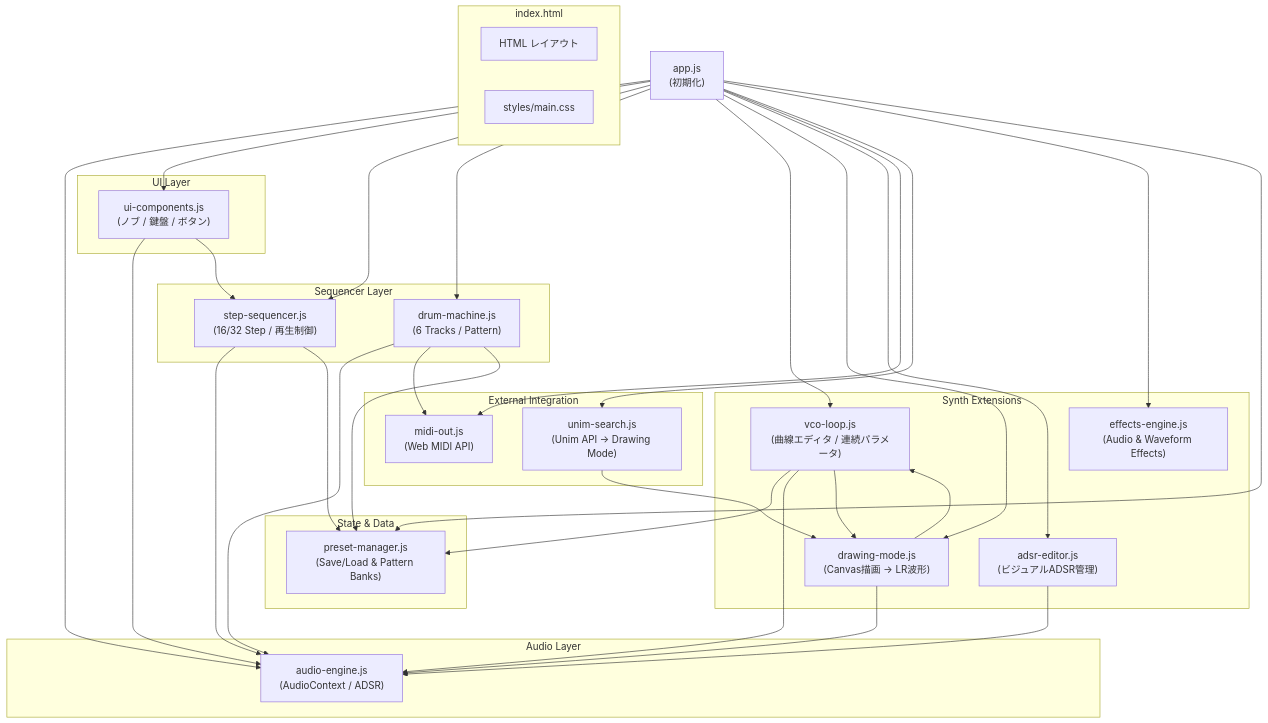
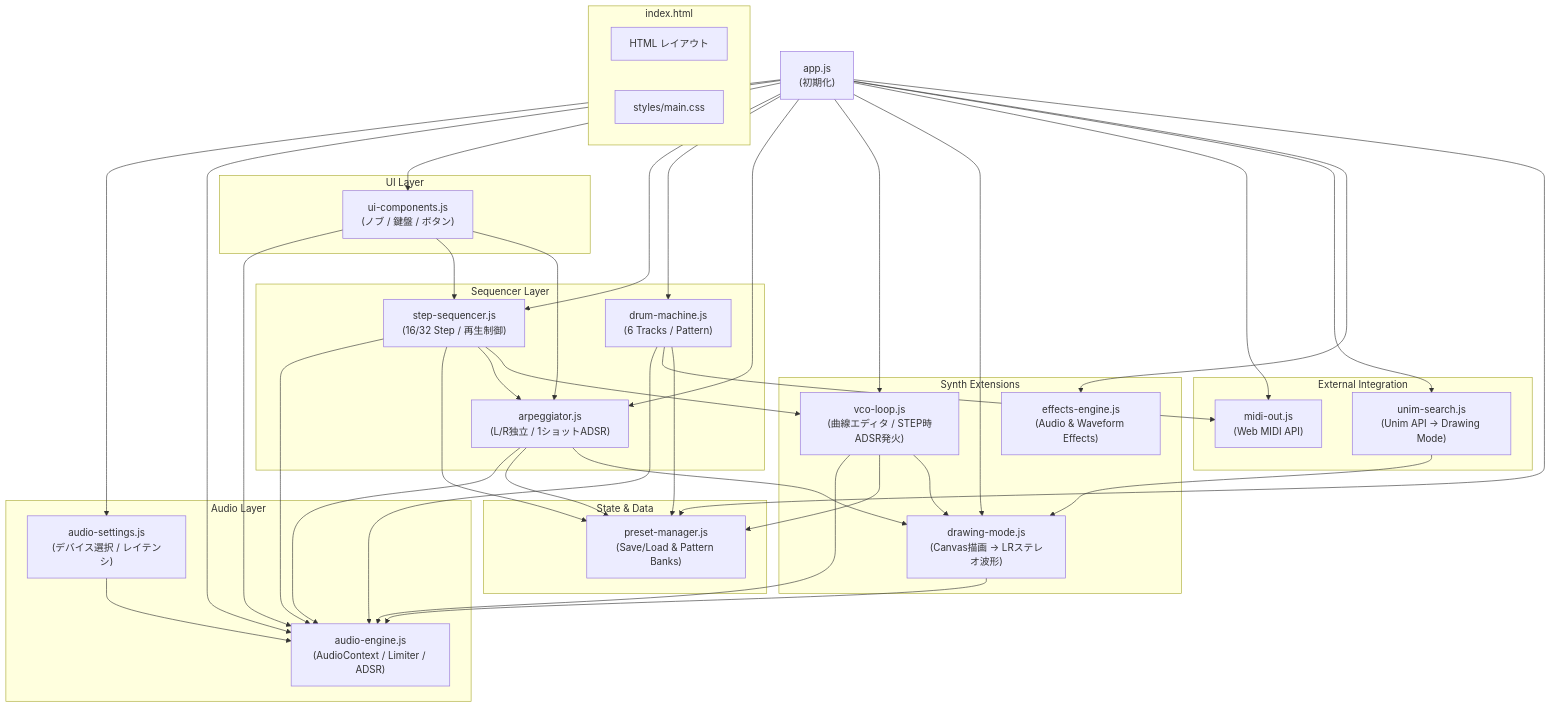
One commit to na-gasena/DrawingLissajousOscilloscopicSynthesizer-II-DLOSy-II changed the first of 2 diagrams in Doc/architecture.md. Above: the diagram before and after it, drawn with Mermaid. The commit also changed other lines of this file and 7 other files, not shown here.

Commit message:
Add ADSR Editor

````diff
--- a/Doc/architecture.md
+++ b/Doc/architecture.md
@@ -49,69 +51,77 @@
 ```mermaid
 graph TD
     subgraph "index.html"
         HTML["HTML レイアウト"]
         CSS["styles/main.css"]
     end
 
     subgraph "Audio Layer"
-        AE["audio-engine.js<br/>(AudioContext / ADSR)"]
+        AE["audio-engine.js<br/>(AudioContext / Limiter / ADSR)"]
+        ASET["audio-settings.js<br/>(デバイス選択 / レイテンシ)"]
     end
 
     subgraph "Sequencer Layer"
         SS["step-sequencer.js<br/>(16/32 Step / 再生制御)"]
         DM["drum-machine.js<br/>(6 Tracks / Pattern)"]
+        ARP["arpeggiator.js<br/>(L/R独立 / 1ショットADSR)"]
     end
 
     subgraph "Synth Extensions"
-        ADSR["adsr-editor.js<br/>(ビジュアルADSR管理)"]
-        VCO["vco-loop.js<br/>(曲線エディタ / 連続パラメータ)"]
-        DRAW["drawing-mode.js<br/>(Canvas描画 → LR波形)"]
+        VCO["vco-loop.js<br/>(曲線エディタ / STEP時ADSR発火)"]
+        DRAW["drawing-mode.js<br/>(Canvas描画 → LRステレオ波形)"]
         FX["effects-engine.js<br/>(Audio & Waveform Effects)"]
     end
 
     subgraph "State & Data"
         PM["preset-manager.js<br/>(Save/Load & Pattern Banks)"]
     end
 
     subgraph "External Integration"
         MIDI["midi-out.js<br/>(Web MIDI API)"]
         UNIM["unim-search.js<br/>(Unim API → Drawing Mode)"]
     end
 
     subgraph "UI Layer"
         UI["ui-components.js<br/>(ノブ / 鍵盤 / ボタン)"]
     end
 
     APP["app.js<br/>(初期化)"]
 
+    APP --> ASET
     APP --> AE
     APP --> UI
     APP --> SS
     APP --> DM
+    APP --> ARP
     APP --> VCO
     APP --> DRAW
-    APP --> ADSR
     APP --> MIDI
     APP --> UNIM
     APP --> FX
     APP --> PM
 
+    ASET --> AE
     UI --> AE
     UI --> SS
+    UI --> ARP
 
     SS --> AE
     SS --> PM
+    SS --> ARP
+    SS --> VCO
+
     DM --> AE
     DM --> MIDI
     DM --> PM
-    VCO --> PM
 
-    ADSR --> AE
+    ARP --> AE
+    ARP --> PM
+    ARP --> DRAW
 
     VCO --> AE
-    UNIM --> DRAW
+    VCO --> PM
     VCO --> DRAW
 
+    UNIM --> DRAW
     DRAW --> AE
-    DRAW --> VCO
 ```
````
